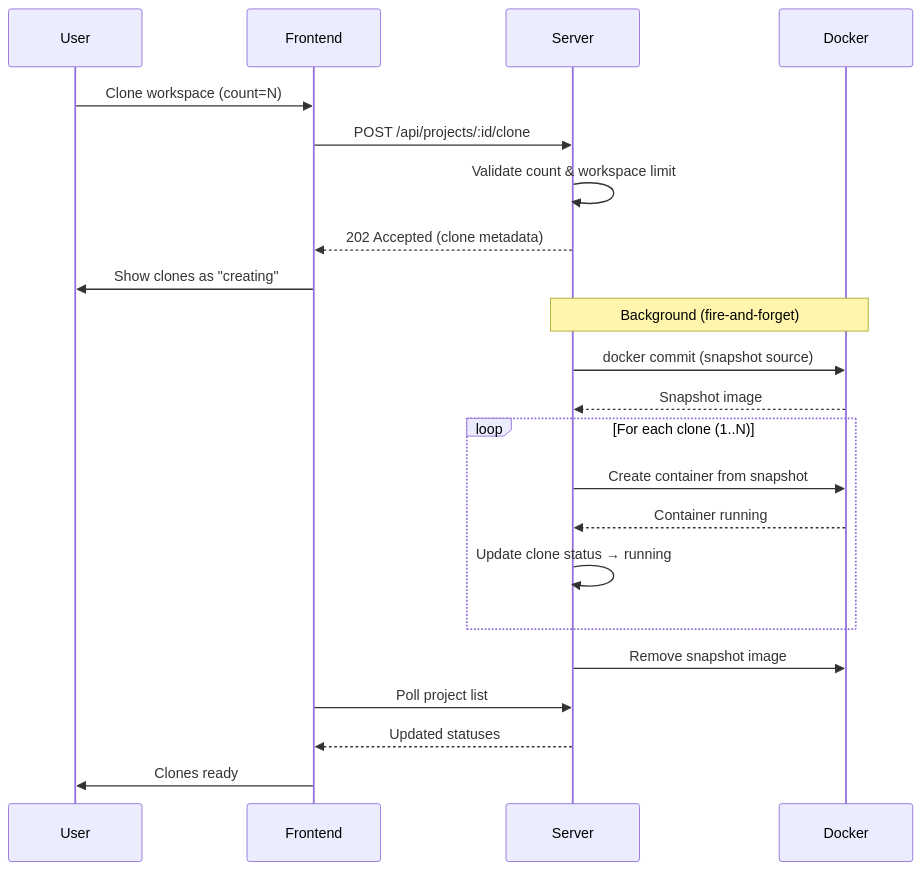
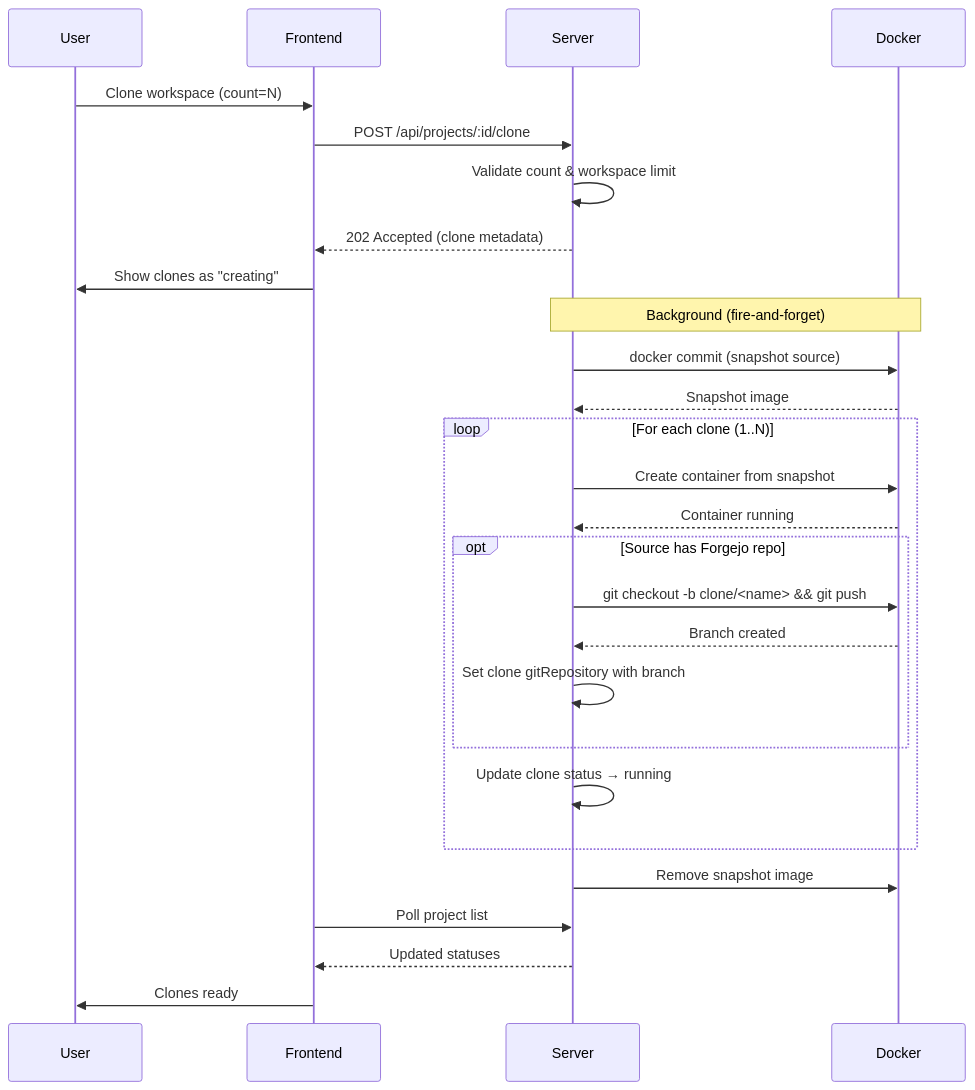
The second of 3 diagrams in docs/ARCHITECTURE.md (DG1001/XaresAICoder), drawn with Mermaid before and after one commit. The commit also changed 4 other files, not shown here.

First line of the commit message:
feat(cloning): give each clone its own branch in shared Forgejo repo

````diff
--- a/docs/ARCHITECTURE.md
+++ b/docs/ARCHITECTURE.md
@@ -295,28 +295,33 @@
 ```mermaid
 sequenceDiagram
     participant User
     participant Frontend
     participant Server
     participant Docker
 
     User->>Frontend: Clone workspace (count=N)
     Frontend->>Server: POST /api/projects/:id/clone
     Server->>Server: Validate count & workspace limit
     Server-->>Frontend: 202 Accepted (clone metadata)
     Frontend->>User: Show clones as "creating"
 
     Note over Server,Docker: Background (fire-and-forget)
     Server->>Docker: docker commit (snapshot source)
     Docker-->>Server: Snapshot image
 
     loop For each clone (1..N)
         Server->>Docker: Create container from snapshot
         Docker-->>Server: Container running
+        opt Source has Forgejo repo
+            Server->>Docker: git checkout -b clone/<name> && git push
+            Docker-->>Server: Branch created
+            Server->>Server: Set clone gitRepository with branch
+        end
         Server->>Server: Update clone status → running
     end
 
     Server->>Docker: Remove snapshot image
     Frontend->>Server: Poll project list
     Server-->>Frontend: Updated statuses
     Frontend->>User: Clones ready
 ```
````
